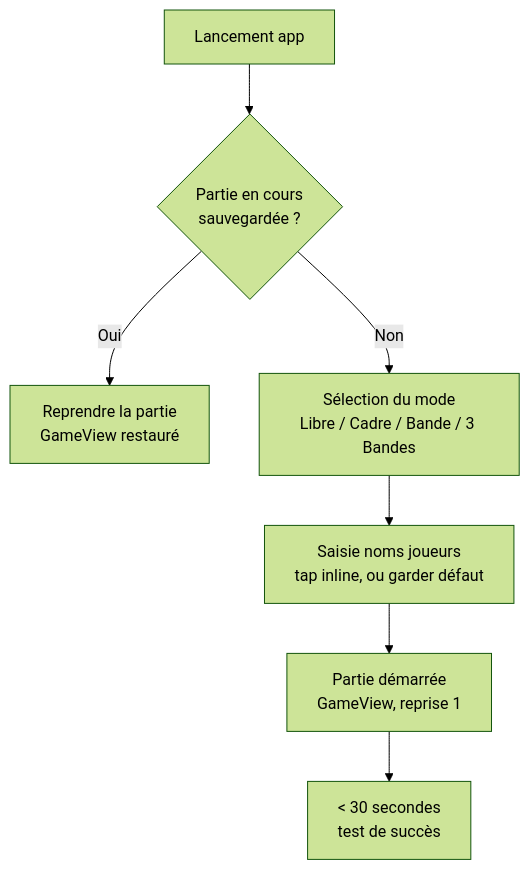
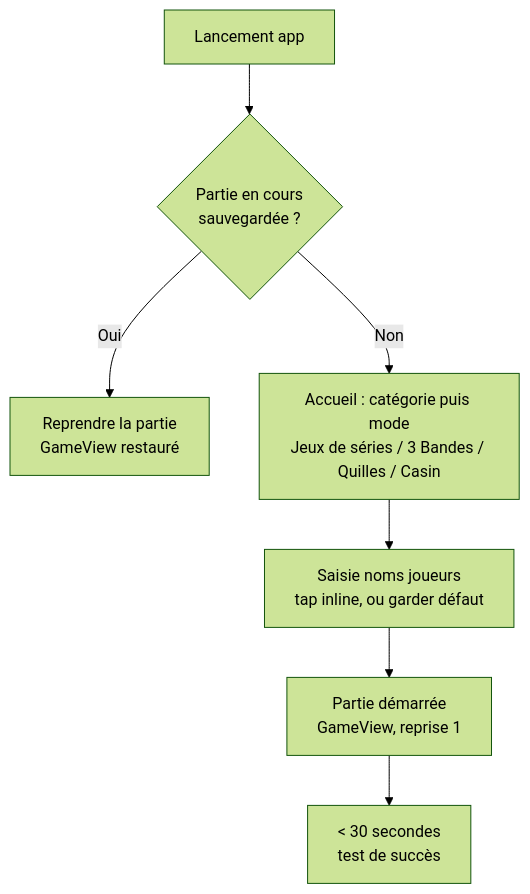
Before and after one commit to nlegendree/carom_scoreboard: the first of 3 diagrams in _bmad-output/planning-artifacts/ux-design-specification.md, drawn with Mermaid (forest theme). The commit also changed other lines of this file and 43 other files, not shown here.

First line of the commit message:
feat: story 1.3 - sélection du mode JDS et démarrage d'une partie

````diff
--- a/_bmad-output/planning-artifacts/ux-design-specification.md
+++ b/_bmad-output/planning-artifacts/ux-design-specification.md
@@ -268,9 +278,9 @@
 ```mermaid
 flowchart TD
     A[Lancement app] --> B{Partie en cours\nsauvegardée ?}
     B -- Oui --> C[Reprendre la partie\nGameView restauré]
-    B -- Non --> D[Sélection du mode\nLibre / Cadre / Bande / 3 Bandes]
+    B -- Non --> D[Accueil : catégorie puis mode\nJeux de séries / 3 Bandes / Quilles / Casin]
     D --> E[Saisie noms joueurs\ntap inline, ou garder défaut]
     E --> F[Partie démarrée\nGameView, reprise 1]
     F --> G[< 30 secondes\ntest de succès]
 ```
````
